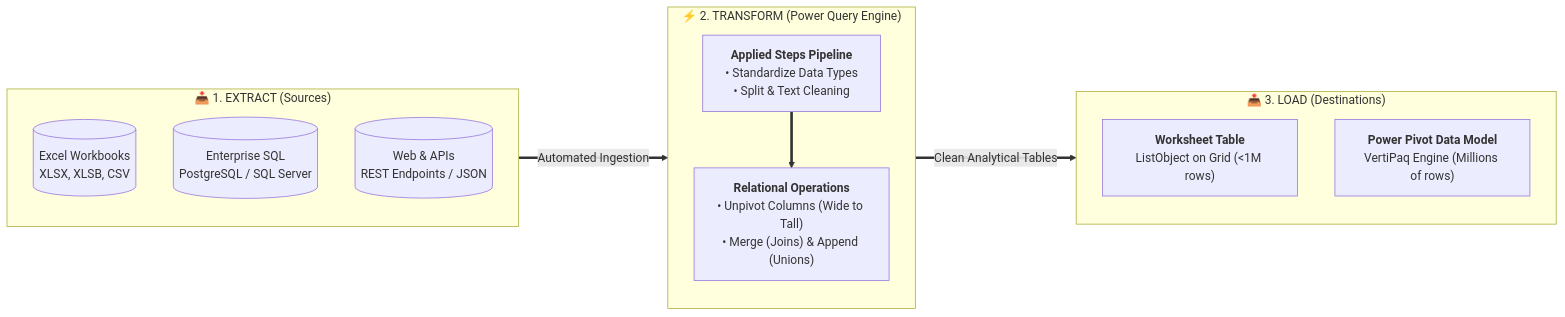
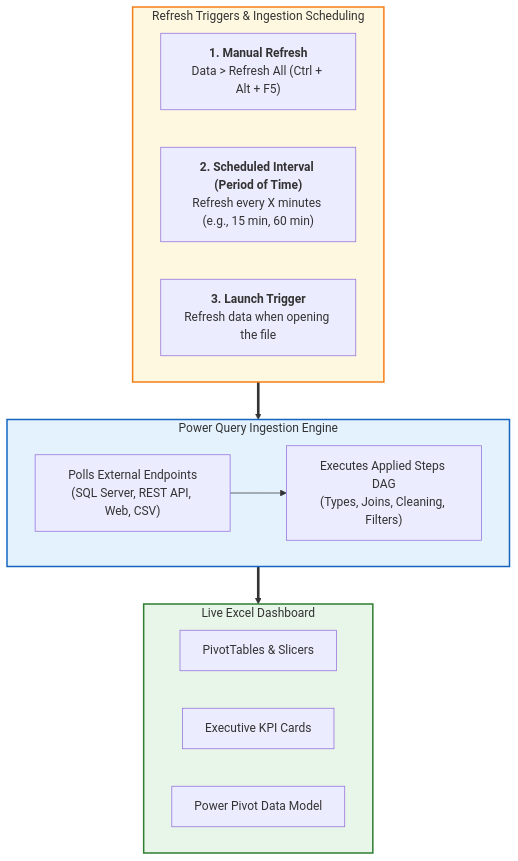
The fifth of 6 diagrams in 02_Notes/08_Power_Query_and_M/01_Power_Query_Fundamentals_and_ETL.md (Sohila-Khaled-Abbas/COURSE-EXCEL-ZERO-TO-HERO), drawn with Mermaid before and after one commit. The commit also changed other lines of this file and 7 other files, not shown here.

First line of the commit message:
feat(module-08): align Power Query and M notes with curriculum mindmap architecture

````diff
--- a/02_Notes/08_Power_Query_and_M/01_Power_Query_Fundamentals_and_ETL.md
+++ b/02_Notes/08_Power_Query_and_M/01_Power_Query_Fundamentals_and_ETL.md
@@ -27,25 +288,26 @@
 ```mermaid
-flowchart LR
-    subgraph EXTRACT ["📥 1. EXTRACT (Sources)"]
-        direction TB
-        F1[("Excel Workbooks<br/>XLSX, XLSB, CSV")]
-        F2[("Enterprise SQL<br/>PostgreSQL / SQL Server")]
-        F3[("Web & APIs<br/>REST Endpoints / JSON")]
+flowchart TD
+    subgraph TRIGGERS ["Refresh Triggers & Ingestion Scheduling"]
+        T1["<b>1. Manual Refresh</b><br/>Data > Refresh All (Ctrl + Alt + F5)"]
+        T2["<b>2. Scheduled Interval (Period of Time)</b><br/>Refresh every X minutes (e.g., 15 min, 60 min)"]
+        T3["<b>3. Launch Trigger</b><br/>Refresh data when opening the file"]
     end
 
-    subgraph TRANSFORM ["⚡ 2. TRANSFORM (Power Query Engine)"]
-        direction TB
-        T1["<b>Applied Steps Pipeline</b><br/>• Standardize Data Types<br/>• Split & Text Cleaning"]
-        T2["<b>Relational Operations</b><br/>• Unpivot Columns (Wide to Tall)<br/>• Merge (Joins) & Append (Unions)"]
-        T1 ==> T2
+    subgraph ENGINE ["Power Query Ingestion Engine"]
+        E1["Polls External Endpoints<br/>(SQL Server, REST API, Web, CSV)"]
+        E2["Executes Applied Steps DAG<br/>(Types, Joins, Cleaning, Filters)"]
+        E1 --> E2
     end
 
-    subgraph LOAD ["📤 3. LOAD (Destinations)"]
-        direction TB
-        L1["<b>Worksheet Table</b><br/>ListObject on Grid (<1M rows)"]
-        L2["<b>Power Pivot Data Model</b><br/>VertiPaq Engine (Millions of rows)"]
+    subgraph REPORT ["Live Excel Dashboard"]
+        R1["PivotTables & Slicers"]
+        R2["Executive KPI Cards"]
+        R3["Power Pivot Data Model"]
     end
 
-    EXTRACT ==>|Automated Ingestion| TRANSFORM
-    TRANSFORM ==>|Clean Analytical Tables| LOAD
+    TRIGGERS ==> ENGINE ==> REPORT
+
+    style TRIGGERS fill:#fff8e1,stroke:#f57f17,stroke-width:2px
+    style ENGINE fill:#e3f2fd,stroke:#1565c0,stroke-width:2px
+    style REPORT fill:#e8f5e9,stroke:#2e7d32,stroke-width:2px
 ```
````
